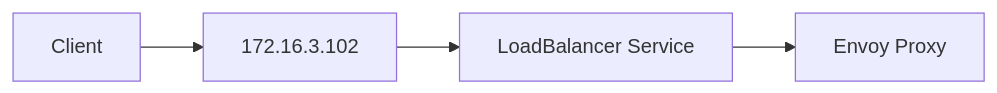
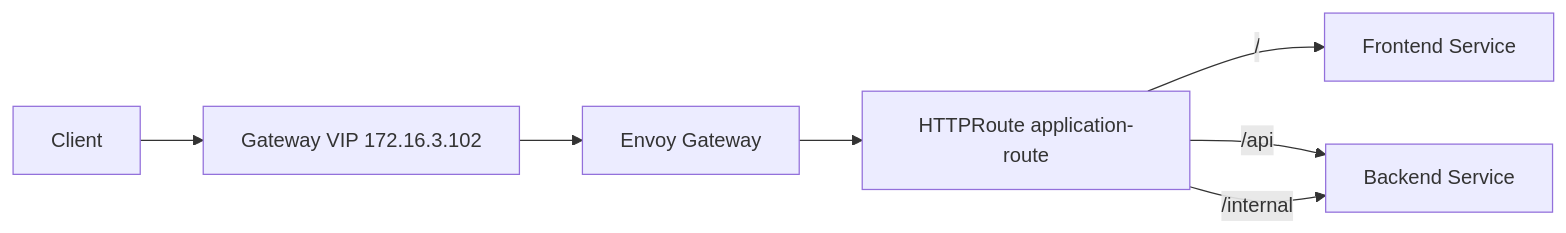
The tenth of 16 diagrams in docs/03-gateway-api/README.md (ahmed-sayed-devops/microservices-platform-gitops), drawn with Mermaid before and after one commit. The commit also changed other lines of this file, not shown here.

Commit message:
docs: improve Gateway API diagrams

````diff
--- a/docs/03-gateway-api/README.md
+++ b/docs/03-gateway-api/README.md
@@ -507,11 +541,14 @@
 ```mermaid
 graph LR
     Client[Client]
-    VIP[172.16.3.102]
-    Service[LoadBalancer Service]
-    Envoy[Envoy Proxy]
+    VIP[Gateway VIP 172.16.3.102]
+    Envoy[Envoy Gateway]
+    Route[HTTPRoute application-route]
 
     Client --> VIP
-    VIP --> Service
-    Service --> Envoy
+    VIP --> Envoy
+    Envoy --> Route
+    Route -->|/| Frontend[Frontend Service]
+    Route -->|/api| Backend[Backend Service]
+    Route -->|/internal| Backend
 ```
````
